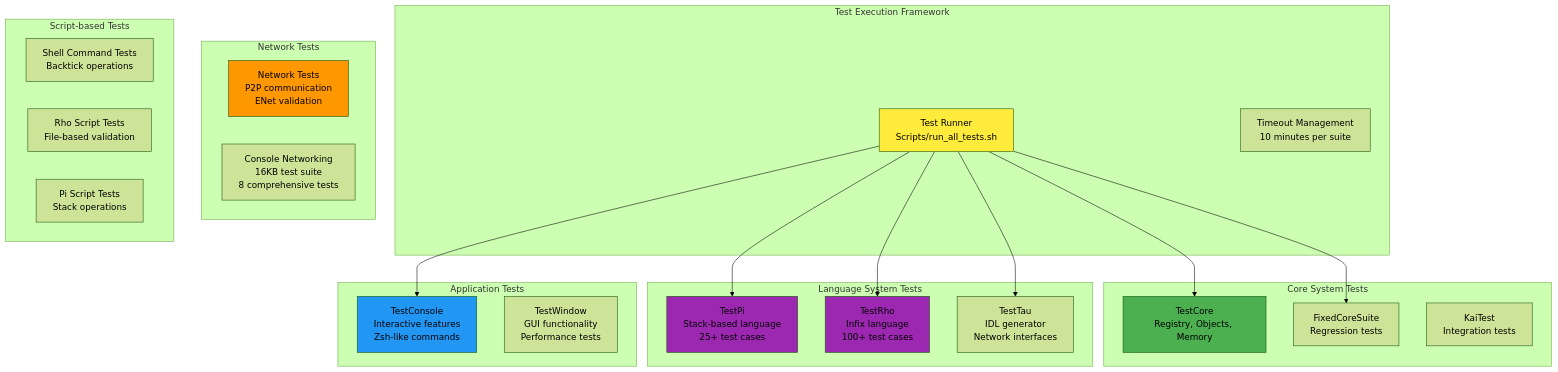
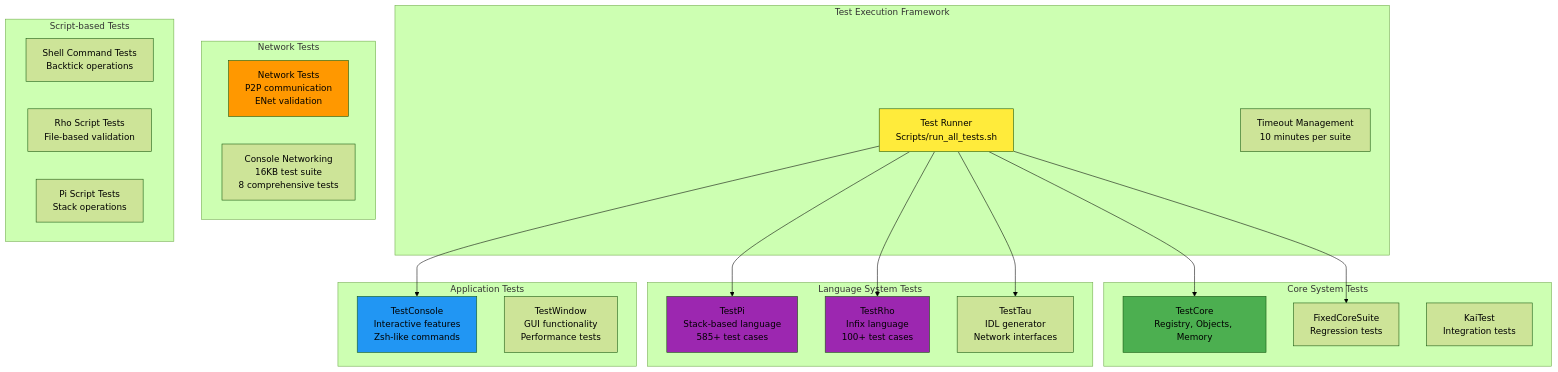
One commit to cschladetsch/CppKAI changed the first of 8 diagrams in resources/diagrams/test-system-architecture.md. Above: the diagram before and after it, drawn with Mermaid (forest theme). The commit also changed 4 other files, not shown here.

First line of the commit message:
Update architecture diagrams and READMEs for abs op, prompt and tests

````diff
--- a/resources/diagrams/test-system-architecture.md
+++ b/resources/diagrams/test-system-architecture.md
@@ -5,49 +5,49 @@
 ```mermaid
 graph TB
     subgraph "Test Execution Framework"
         RUNNER[Test Runner<br/>Scripts/run_all_tests.sh]
         TIMEOUT[Timeout Management<br/>10 minutes per suite]
     end
     
     subgraph "Core System Tests"
         CORE_TESTS[TestCore<br/>Registry, Objects, Memory]
         FIXED_TESTS[FixedCoreSuite<br/>Regression tests]
         KAI_TESTS[KaiTest<br/>Integration tests]
     end
     
     subgraph "Language System Tests"
-        PI_TESTS[TestPi<br/>Stack-based language<br/>25+ test cases]
+        PI_TESTS[TestPi<br/>Stack-based language<br/>585+ test cases]
         RHO_TESTS[TestRho<br/>Infix language<br/>100+ test cases]
         TAU_TESTS[TestTau<br/>IDL generator<br/>Network interfaces]
     end
     
     subgraph "Application Tests"
         CONSOLE_TESTS[TestConsole<br/>Interactive features<br/>Zsh-like commands]
         WINDOW_TESTS[TestWindow<br/>GUI functionality<br/>Performance tests]
     end
     
     subgraph "Network Tests"
         NET_TESTS[Network Tests<br/>P2P communication<br/>ENet validation]
         CONSOLE_NET[Console Networking<br/>16KB test suite<br/>8 comprehensive tests]
     end
     
     subgraph "Script-based Tests"
         SHELL_TESTS[Shell Command Tests<br/>Backtick operations]
         RHO_SCRIPTS[Rho Script Tests<br/>File-based validation]
         PI_SCRIPTS[Pi Script Tests<br/>Stack operations]
     end
     
     RUNNER --> CORE_TESTS
     RUNNER --> FIXED_TESTS
     RUNNER --> PI_TESTS
     RUNNER --> RHO_TESTS
     RUNNER --> TAU_TESTS
     RUNNER --> CONSOLE_TESTS
     
     style RUNNER fill:#ffeb3b
     style CORE_TESTS fill:#4caf50
     style PI_TESTS fill:#9c27b0
     style RHO_TESTS fill:#9c27b0
     style CONSOLE_TESTS fill:#2196f3
     style NET_TESTS fill:#ff9800
 ```
````
